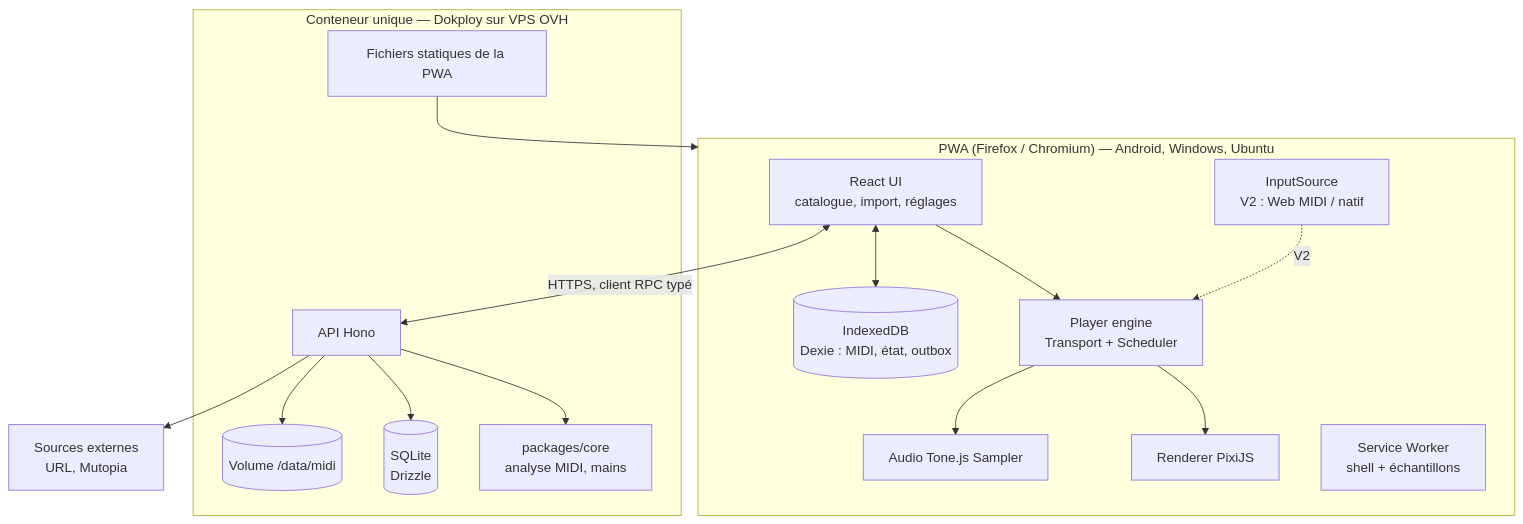
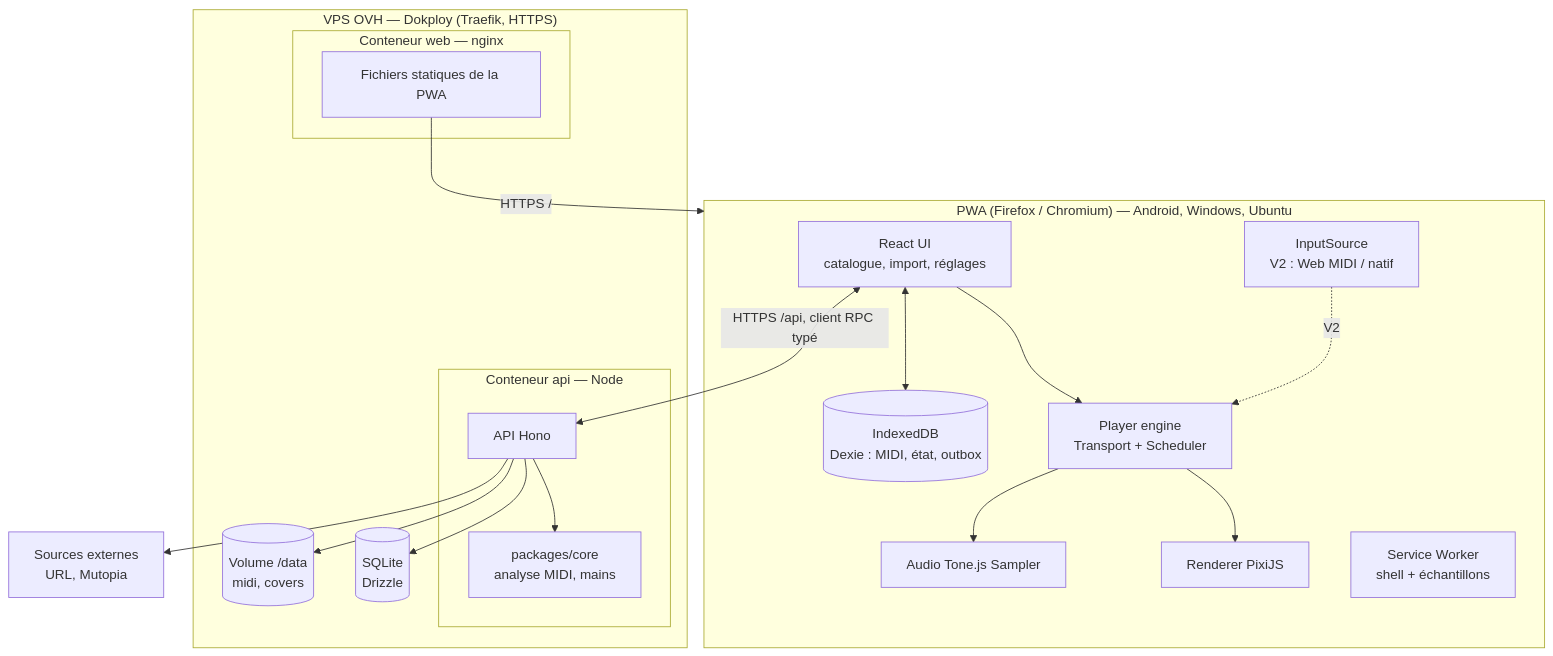
One commit to Pierre-gaillard-dev/open-keys changed the second of 2 diagrams in docs/03-architecture/01-contexte.md. Above: the diagram before and after it, drawn with Mermaid. The commit also changed 5 other files, not shown here.

Commit message:
docs: switch deployment to two-container compose (web + api)

````diff
--- a/docs/03-architecture/01-contexte.md
+++ b/docs/03-architecture/01-contexte.md
@@ -36,33 +36,37 @@
 ```mermaid
 flowchart TB
   subgraph Client["PWA (Firefox / Chromium) — Android, Windows, Ubuntu"]
     UI[React UI<br/>catalogue, import, réglages]
     PL[Player engine<br/>Transport + Scheduler]
     RD[Renderer PixiJS]
     AU[Audio Tone.js Sampler]
     IN[InputSource<br/>V2 : Web MIDI / natif]
     IDB[(IndexedDB<br/>Dexie : MIDI, état, outbox)]
     SW[Service Worker<br/>shell + échantillons]
   end
 
-  subgraph Server["Conteneur unique — Dokploy sur VPS OVH"]
-    API[API Hono]
-    CORE[packages/core<br/>analyse MIDI, mains]
+  subgraph Host["VPS OVH — Dokploy (Traefik, HTTPS)"]
+    subgraph WEB["Conteneur web — nginx"]
+      STATIC[Fichiers statiques de la PWA]
+    end
+    subgraph APIC["Conteneur api — Node"]
+      API[API Hono]
+      CORE[packages/core<br/>analyse MIDI, mains]
+    end
     DB[(SQLite<br/>Drizzle)]
-    FS[(Volume /data/midi)]
-    STATIC[Fichiers statiques de la PWA]
+    FS[(Volume /data<br/>midi, covers)]
   end
 
   EXT[Sources externes<br/>URL, Mutopia]
 
   UI --> PL --> RD
   PL --> AU
   IN -.V2.-> PL
   UI <--> IDB
-  UI <-->|HTTPS, client RPC typé| API
+  UI <-->|HTTPS /api, client RPC typé| API
   API --> CORE
   API --> DB
   API --> FS
   API --> EXT
-  STATIC --> Client
+  STATIC -->|HTTPS /| Client
 ```
````
